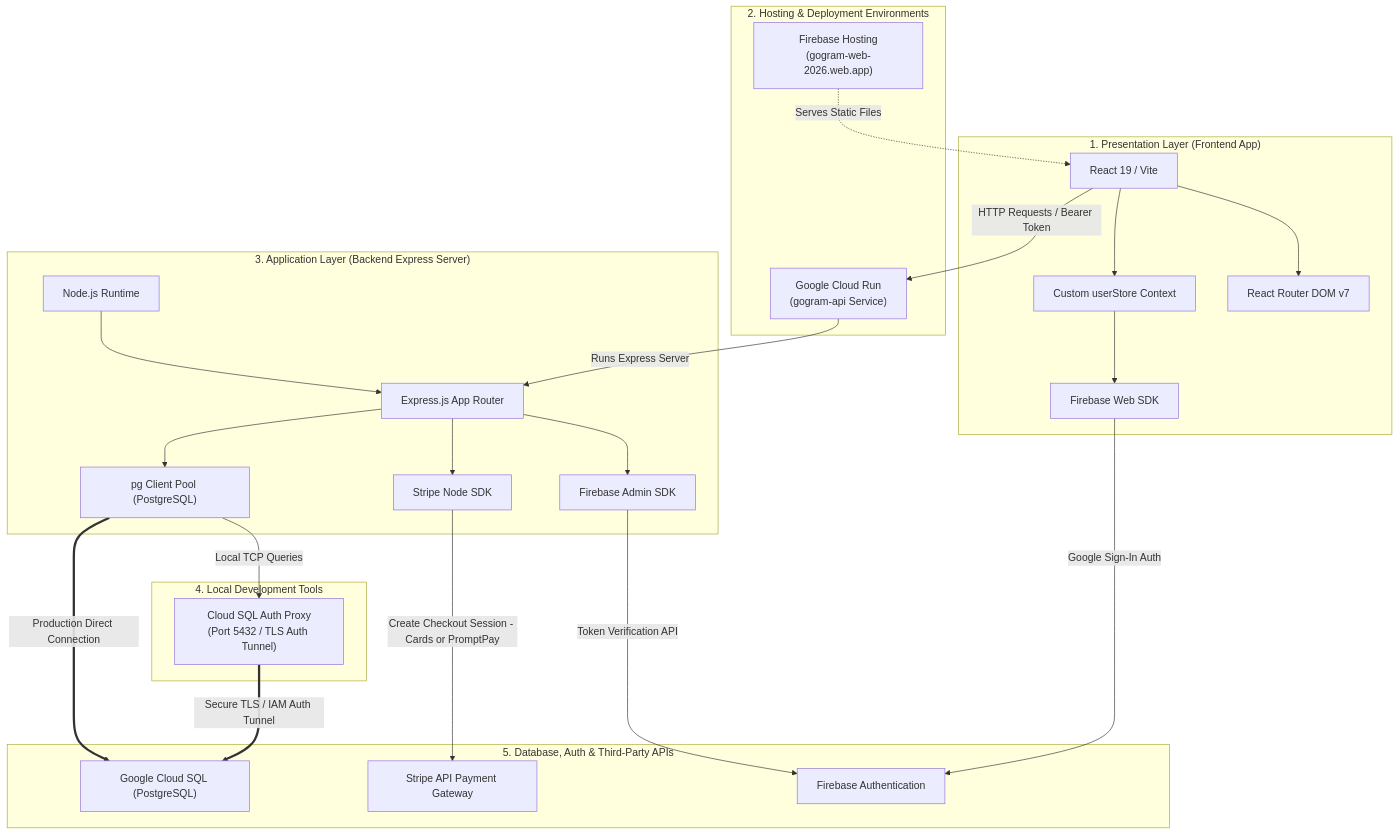
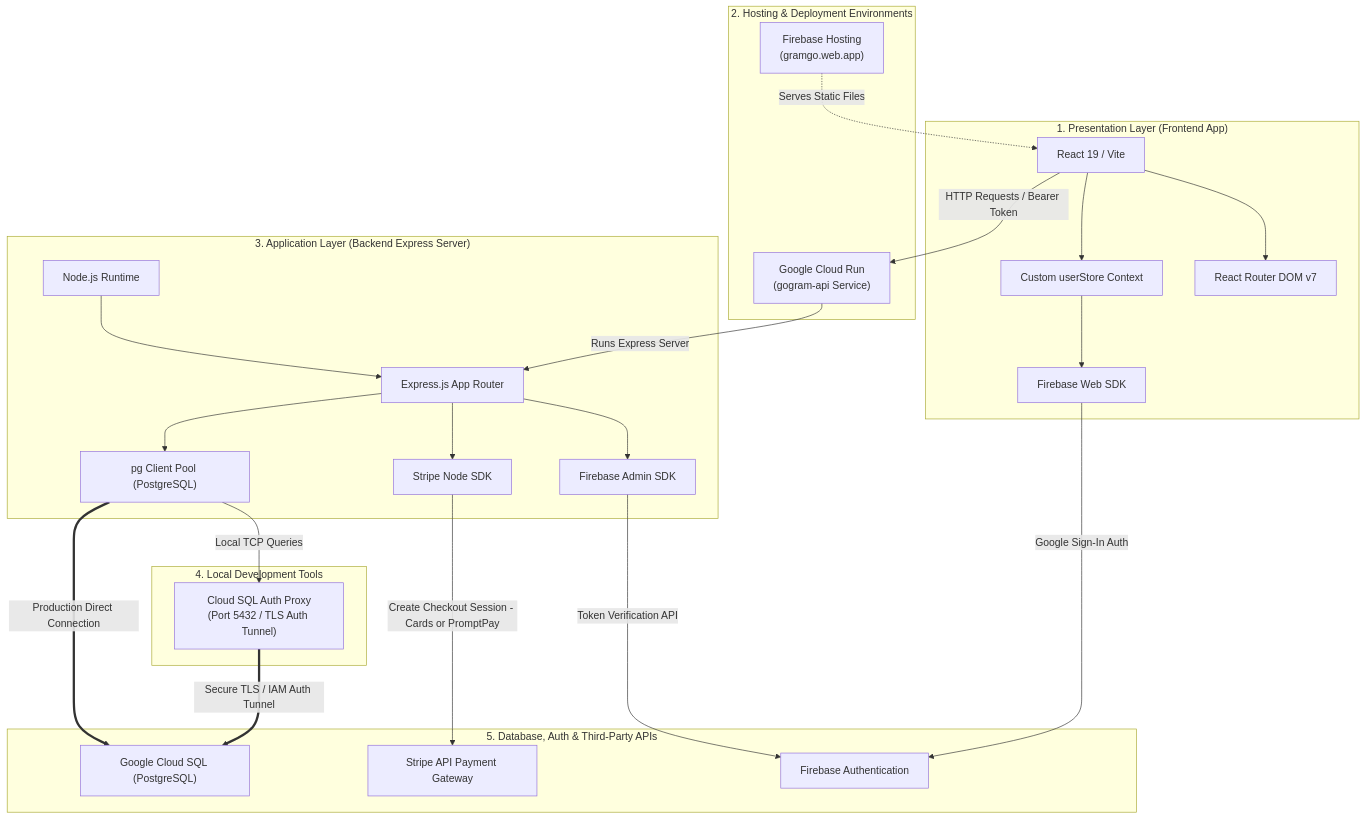
One commit to kanokpolkulsri/gogram changed the first of 2 diagrams in README.md. Above: the diagram before and after it, drawn with Mermaid. The commit also changed other lines of this file and 31 other files, not shown here.

Commit message:
rebrand: switch branding to GramGo, target gramgo.web.app, and remove owl mascot

````diff
--- a/README.md
+++ b/README.md
@@ -54,57 +54,57 @@
 ```mermaid
 flowchart TB
     %% Subgraphs for layers
     subgraph presentation_layer ["1. Presentation Layer (Frontend App)"]
         React["React 19 / Vite"]
         Router["React Router DOM v7"]
         FirebaseWebSDK["Firebase Web SDK"]
         UserStore["Custom userStore Context"]
         
         React --> Router
         React --> UserStore
         UserStore --> FirebaseWebSDK
     end
 
     subgraph hosting_infrastructure ["2. Hosting & Deployment Environments"]
-        FirebaseHosting["Firebase Hosting<br>(gogram-web-2026.web.app)"]
+        FirebaseHosting["Firebase Hosting<br>(gramgo.web.app)"]
         CloudRun["Google Cloud Run<br>(gogram-api Service)"]
     end
 
     subgraph application_layer ["3. Application Layer (Backend Express Server)"]
         NodeJS["Node.js Runtime"]
         Express["Express.js App Router"]
         FirebaseAdminSDK["Firebase Admin SDK"]
         StripeNodeSDK["Stripe Node SDK"]
         PgPool["pg Client Pool (PostgreSQL)"]
         
         NodeJS --> Express
         Express --> FirebaseAdminSDK
         Express --> StripeNodeSDK
         Express --> PgPool
     end
 
     subgraph local_tunnelling ["4. Local Development Tools"]
         SqlProxy["Cloud SQL Auth Proxy<br>(Port 5432 / TLS Auth Tunnel)"]
     end
 
     subgraph database_and_services ["5. Database, Auth & Third-Party APIs"]
         CloudSQL["Google Cloud SQL (PostgreSQL)"]
         FirebaseAuth["Firebase Authentication"]
         StripeAPI["Stripe API Payment Gateway"]
     end
 
     %% Connections
     FirebaseHosting -.->|Serves Static Files| React
     
     React -->|HTTP Requests / Bearer Token| CloudRun
     CloudRun -->|Runs Express Server| Express
     
     FirebaseWebSDK -->|Google Sign-In Auth| FirebaseAuth
     FirebaseAdminSDK -->|Token Verification API| FirebaseAuth
     
     StripeNodeSDK -->|Create Checkout Session - Cards or PromptPay| StripeAPI
     
     PgPool -->|Local TCP Queries| SqlProxy
     SqlProxy ==>|Secure TLS / IAM Auth Tunnel| CloudSQL
     PgPool ==>|Production Direct Connection| CloudSQL
 ```
````
